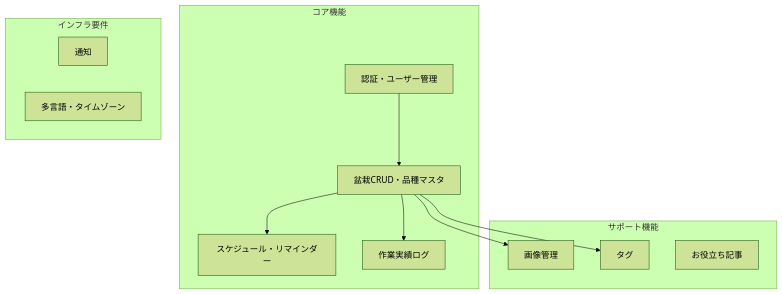
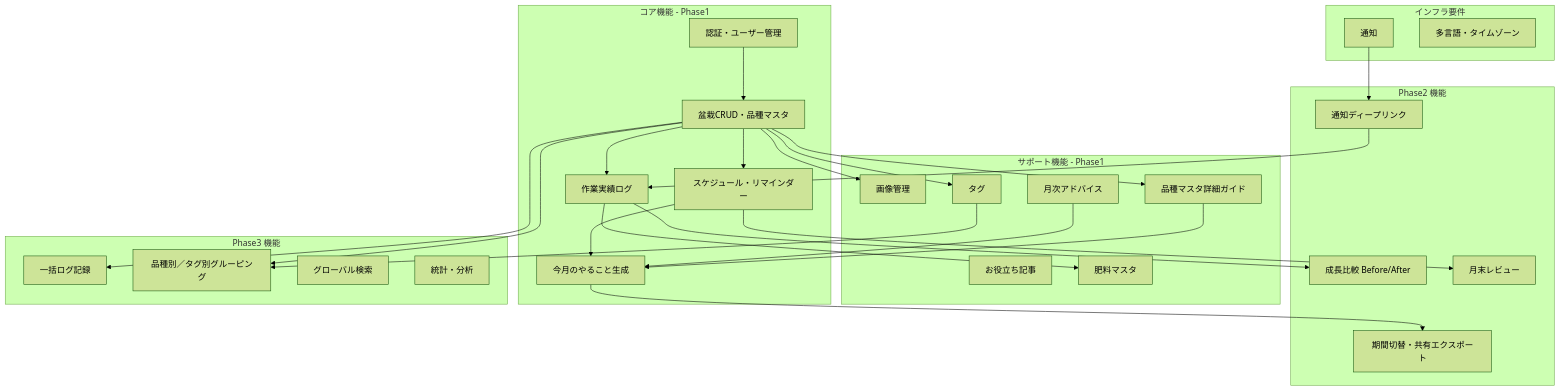
Before and after one commit to KF-5892/bonsai-management: the first of 9 diagrams in docs/アーキテクチャ図.md, drawn with Mermaid (forest theme). The commit also changed other lines of this file and 6 other files, not shown here.

````diff
--- a/docs/アーキテクチャ図.md
+++ b/docs/アーキテクチャ図.md
@@ -5,23 +7,52 @@
 ```mermaid
 flowchart TB
-    subgraph core [コア機能]
+    subgraph core [コア機能 - Phase1]
         Auth[認証・ユーザー管理]
         Bonsai[盆栽CRUD・品種マスタ]
         Schedule[スケジュール・リマインダー]
+        ToDo[今月のやること生成]
         Log[作業実績ログ]
     end
-    subgraph support [サポート機能]
+    subgraph support [サポート機能 - Phase1]
         Media[画像管理]
         Tag[タグ]
         Help[お役立ち記事]
+        SpeciesGuide[品種マスタ詳細ガイド]
+        MonthlyAdvice[月次アドバイス]
+        Fertilizer[肥料マスタ]
+    end
+    subgraph phase2 [Phase2 機能]
+        Period[期間切替・共有エクスポート]
+        Compare[成長比較 Before/After]
+        DeepLink[通知ディープリンク]
+        Review[月末レビュー]
+    end
+    subgraph phase3 [Phase3 機能]
+        Bulk[一括ログ記録]
+        GroupBy[品種別／タグ別グルーピング]
+        Search[グローバル検索]
+        Stats[統計・分析]
     end
     subgraph infra [インフラ要件]
         Notify[通知]
         I18n[多言語・タイムゾーン]
     end
     Auth --> Bonsai
     Bonsai --> Schedule
     Bonsai --> Log
     Bonsai --> Media
     Bonsai --> Tag
+    Bonsai --> SpeciesGuide
+    SpeciesGuide --> ToDo
+    Schedule --> ToDo
+    MonthlyAdvice --> ToDo
+    Log --> Fertilizer
+    Log --> Compare
+    Schedule --> Review
+    ToDo --> Period
+    Notify --> DeepLink
+    DeepLink --> Log
+    Bonsai --> Bulk
+    Bonsai --> GroupBy
+    Tag --> GroupBy
 ```
````
